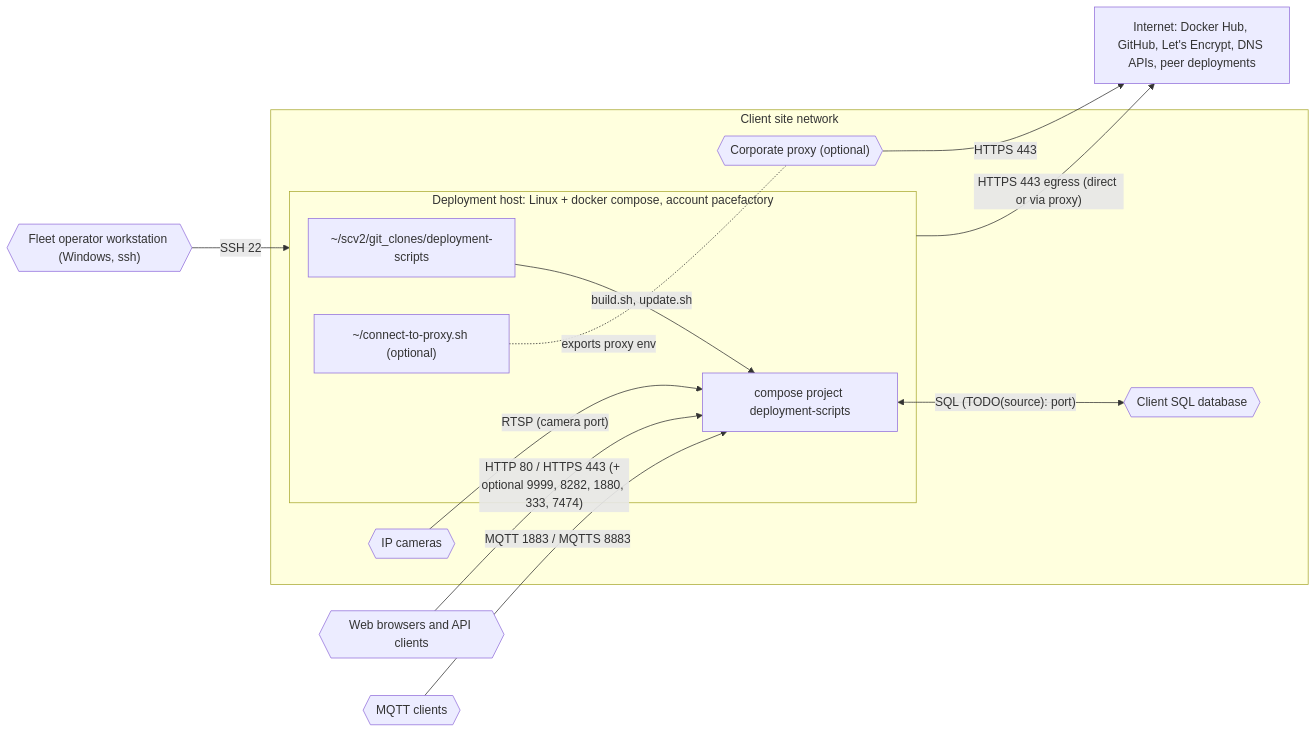
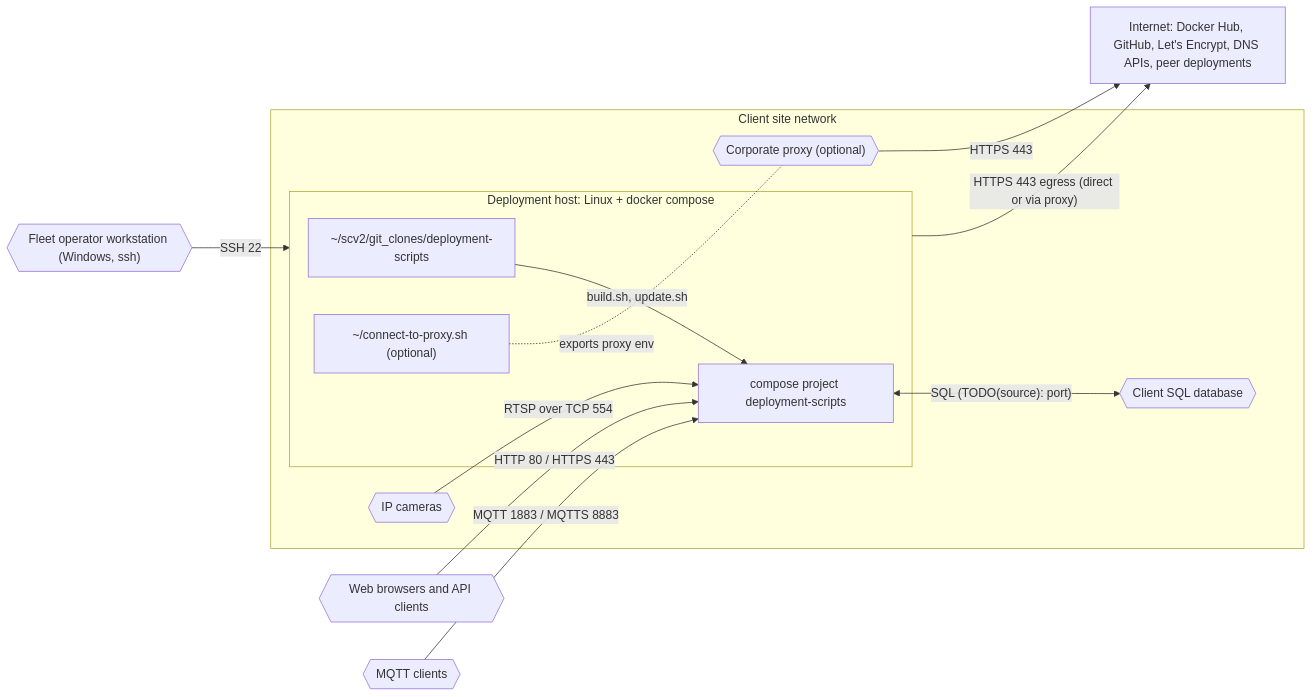
One commit to pacefactory/deployment-scripts changed the diagram in docs/architecture/network/site-network.mmd. Above: the diagram before and after it, drawn with Mermaid. The commit also changed 133 other files, not shown here.

```diff
--- a/docs/architecture/network/site-network.mmd
+++ b/docs/architecture/network/site-network.mmd
@@ -1,28 +1,28 @@
 %% derived_from: docs/architecture/network/site-requirements.md
 %% derived_from: scripts/remote/update-server.sh
 %% derived_from: compose/docker-compose.*.yml
-%% last_verified: 2026-09-09 (ccf3768)
+%% last_verified: 2026-09-09 (def9139)
 flowchart LR
   ext_fleet_operator{{"Fleet operator workstation (Windows, ssh)"}}
   ext_web_clients{{"Web browsers and API clients"}}
   ext_mqtt_clients{{"MQTT clients"}}
   subgraph site["Client site network"]
     ext_cameras{{"IP cameras"}}
     ext_client_sql{{"Client SQL database"}}
-    subgraph host["Deployment host: Linux + docker compose, account pacefactory"]
+    subgraph host["Deployment host: Linux + docker compose"]
       checkout["~/scv2/git_clones/deployment-scripts"]
       deployment["compose project deployment-scripts"]
       proxyhook["~/connect-to-proxy.sh (optional)"]
     end
     ext_proxy{{"Corporate proxy (optional)"}}
   end
   internet["Internet: Docker Hub, GitHub, Let's Encrypt, DNS APIs, peer deployments"]
-  ext_cameras -->|"RTSP (camera port)"| deployment
-  ext_web_clients -->|"HTTP 80 / HTTPS 443 (+ optional 9999, 8282, 1880, 333, 7474)"| deployment
+  ext_cameras -->|"RTSP over TCP 554"| deployment
+  ext_web_clients -->|"HTTP 80 / HTTPS 443"| deployment
   ext_mqtt_clients -->|"MQTT 1883 / MQTTS 8883"| deployment
   deployment <-->|"SQL (TODO(source): port)"| ext_client_sql
   ext_fleet_operator -->|"SSH 22"| host
   checkout -->|"build.sh, update.sh"| deployment
   proxyhook -.-|"exports proxy env"| ext_proxy
   host -->|"HTTPS 443 egress (direct or via proxy)"| internet
   ext_proxy -->|"HTTPS 443"| internet
```
